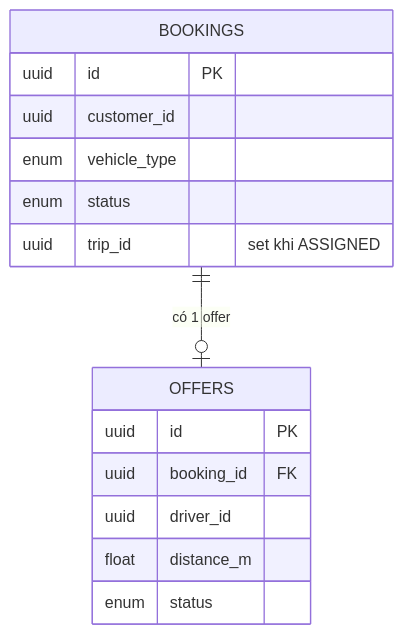
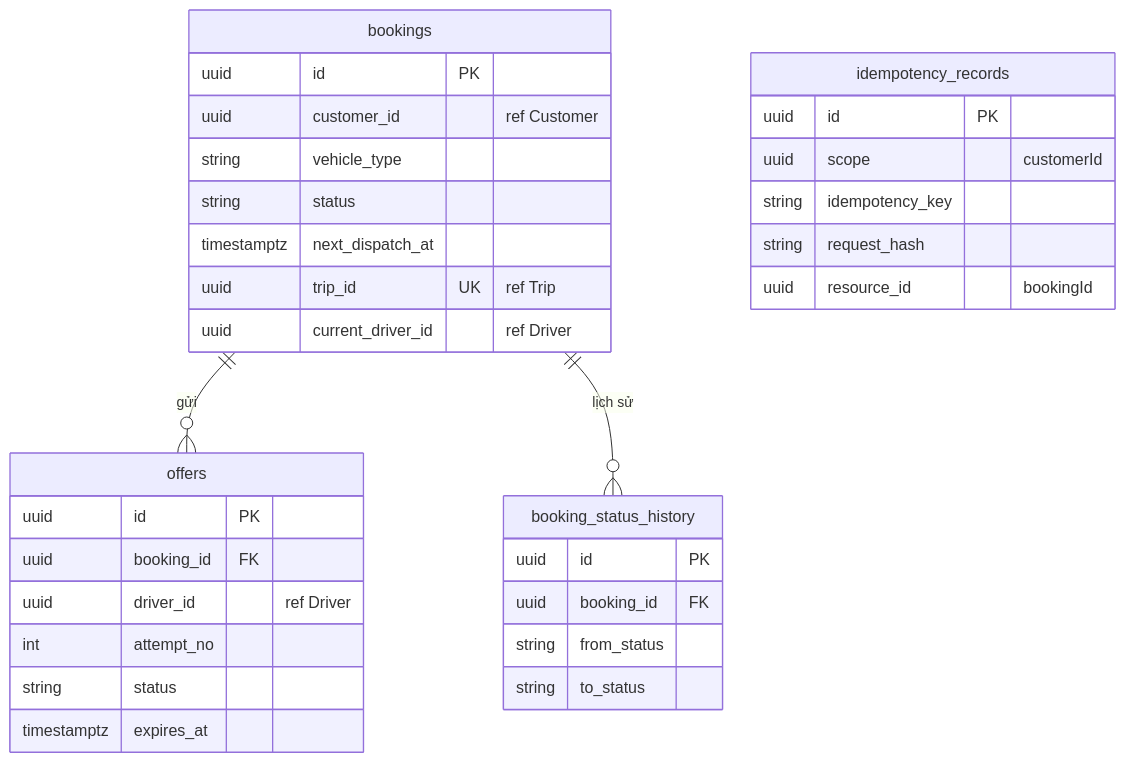
One commit to vthaix/23674231_TranVanThai_Cabsystem changed the ninth of 12 diagrams in microservice_design.md. Above: the diagram before and after it, drawn with Mermaid. The commit also changed other lines of this file and 989 other files, not shown here.

````diff
--- a/microservice_design.md
+++ b/microservice_design.md
@@ -408,18 +1035,35 @@
 ```mermaid
 erDiagram
-    BOOKINGS ||--o| OFFERS : "có 1 offer"
-    BOOKINGS {
+    bookings ||--o{ offers : "gửi"
+    bookings ||--o{ booking_status_history : "lịch sử"
+    bookings {
         uuid id PK
-        uuid customer_id
-        enum vehicle_type
-        enum status
-        uuid trip_id "set khi ASSIGNED"
+        uuid customer_id "ref Customer"
+        string vehicle_type
+        string status
+        timestamptz next_dispatch_at
+        uuid trip_id UK "ref Trip"
+        uuid current_driver_id "ref Driver"
     }
-    OFFERS {
+    offers {
         uuid id PK
         uuid booking_id FK
-        uuid driver_id
-        float distance_m
-        enum status
+        uuid driver_id "ref Driver"
+        int attempt_no
+        string status
+        timestamptz expires_at
+    }
+    booking_status_history {
+        uuid id PK
+        uuid booking_id FK
+        string from_status
+        string to_status
+    }
+    idempotency_records {
+        uuid id PK
+        uuid scope "customerId"
+        string idempotency_key
+        string request_hash
+        uuid resource_id "bookingId"
     }
 ```
````
